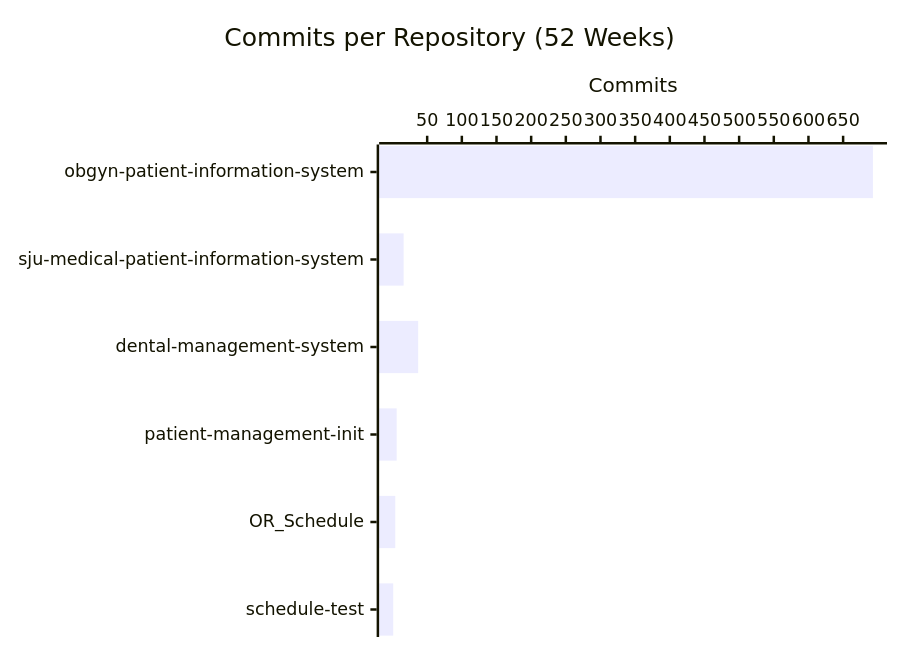
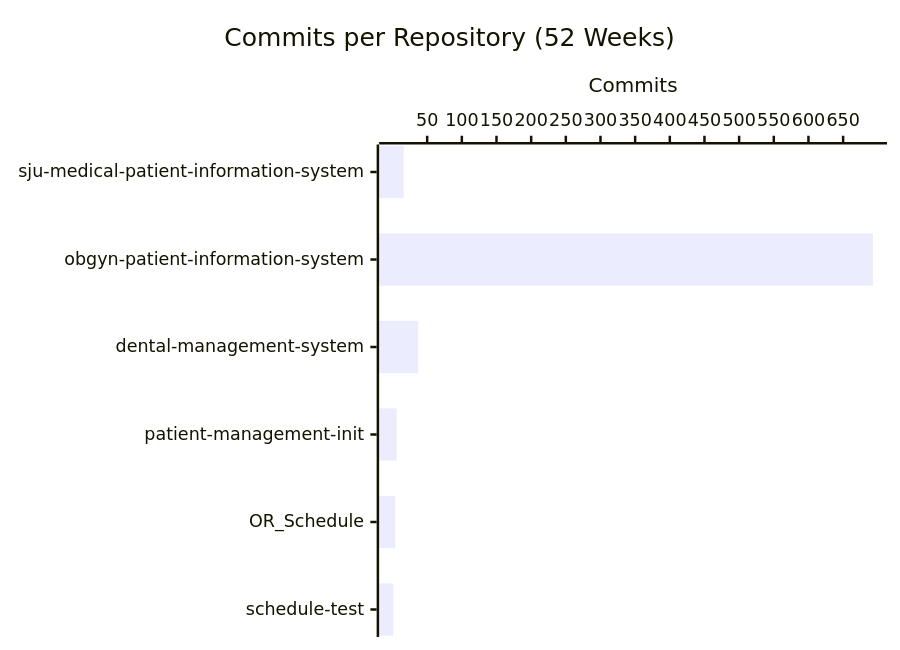
Before and after one commit to CSTH-Projects/.github: the second of 4 diagrams in profile/README.md, drawn with Mermaid. The commit also changed other lines of this file, not shown here.

````diff
--- a/profile/README.md
+++ b/profile/README.md
@@ -24,7 +24,7 @@
 ```mermaid
 xychart-beta horizontal
     title "Commits per Repository (52 Weeks)"
-    x-axis ["obgyn-patient-information-system", "sju-medical-patient-information-system", "dental-management-system", "patient-management-init", "OR_Schedule", "schedule-test"]
+    x-axis ["sju-medical-patient-information-system", "obgyn-patient-information-system", "dental-management-system", "patient-management-init", "OR_Schedule", "schedule-test"]
     y-axis "Commits"
-    bar [693, 16, 37, 6, 4, 1]
+    bar [16, 693, 37, 6, 4, 1]
 ```
````
